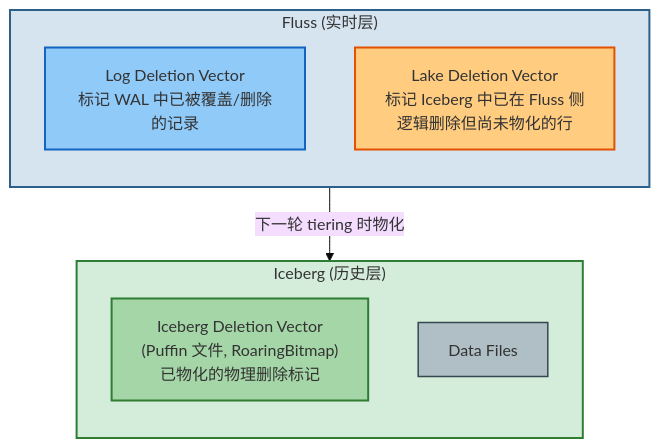
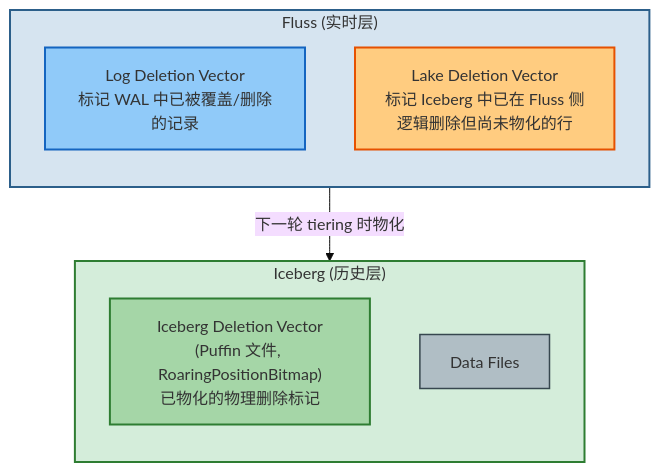
One commit to luoyuxia/fluss changed the second of 28 diagrams in design-doc/fluss-deletion-vector-overview-v2.md. Above: the diagram before and after it, drawn with Mermaid (base theme). The commit also changed other lines of this file and 1 other file, not shown here.

````diff
--- a/design-doc/fluss-deletion-vector-overview-v2.md
+++ b/design-doc/fluss-deletion-vector-overview-v2.md
@@ -40,23 +40,23 @@
 ```mermaid
 graph TB
     subgraph FlussLayer["Fluss (实时层)"]
         direction TB
         LogDv["Log Deletion Vector<br/>标记 WAL 中已被覆盖/删除的记录"]
         LakeDv["Lake Deletion Vector<br/>标记 Iceberg 中已在 Fluss 侧<br/>逻辑删除但尚未物化的行"]
     end
 
     subgraph IcebergLayer["Iceberg (历史层)"]
         direction TB
-        IcebergDv["Iceberg Deletion Vector<br/>(Puffin 文件, RoaringBitmap)<br/>已物化的物理删除标记"]
+        IcebergDv["Iceberg Deletion Vector<br/>(Puffin 文件, RoaringPositionBitmap)<br/>已物化的物理删除标记"]
         DataFiles["Data Files"]
     end
 
     LakeDv -->|"下一轮 tiering 时物化"| IcebergDv
 
     style FlussLayer fill:#d6e4f0,stroke:#2c5f8a,stroke-width:2px,color:#333
     style IcebergLayer fill:#d4edda,stroke:#2e7d32,stroke-width:2px,color:#333
     style LogDv fill:#90caf9,stroke:#1565c0,stroke-width:2px,color:#333
     style LakeDv fill:#ffcc80,stroke:#e65100,stroke-width:2px,color:#333
     style IcebergDv fill:#a5d6a7,stroke:#2e7d32,stroke-width:2px,color:#333
     style DataFiles fill:#b0bec5,stroke:#37474f,stroke-width:1.5px,color:#333
 ```
````
